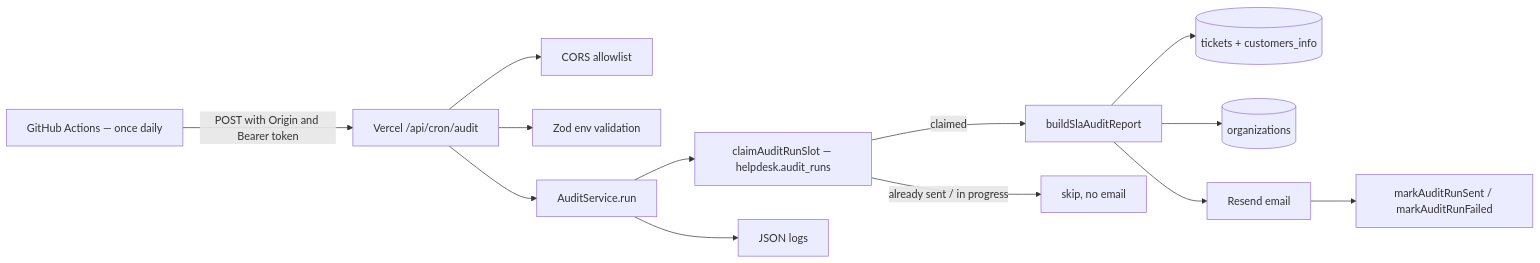
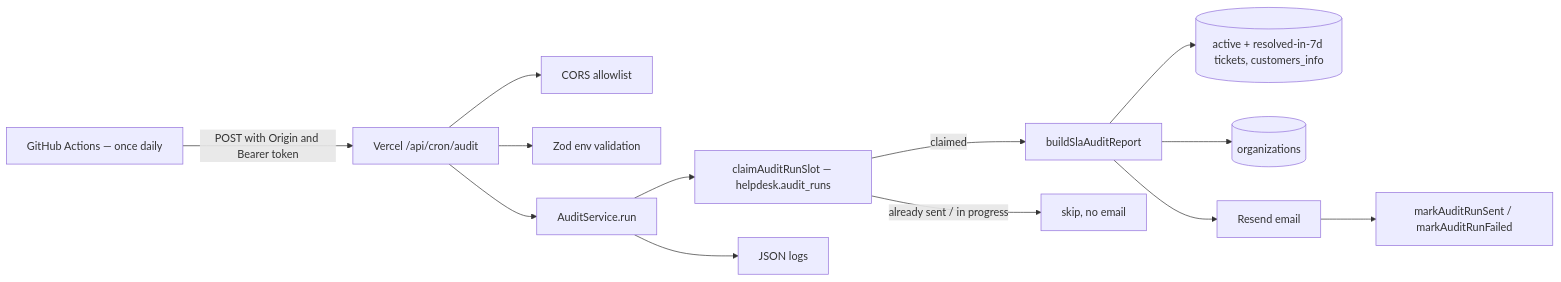
One commit to vidal-renao/vidal-helpdesk-mcp changed the diagram in README.md. Above: the diagram before and after it, drawn with Mermaid. The commit also changed other lines of this file and 17 other files, not shown here.

````diff
--- a/README.md
+++ b/README.md
@@ -59,15 +59,15 @@
 ```mermaid
 flowchart LR
   GHA[GitHub Actions — once daily] -->|POST with Origin and Bearer token| API[Vercel /api/cron/audit]
   API --> CORS[CORS allowlist]
   API --> ENV[Zod env validation]
   API --> SVC[AuditService.run]
   SVC --> CLAIM[claimAuditRunSlot — helpdesk.audit_runs]
   CLAIM -->|claimed| SLA[buildSlaAuditReport]
   CLAIM -->|already sent / in progress| SKIP[skip, no email]
-  SLA --> HD[(tickets + customers_info)]
+  SLA --> HD[(active + resolved-in-7d tickets, customers_info)]
   SLA --> PUB[(organizations)]
   SLA --> RESEND[Resend email]
   RESEND --> MARK[markAuditRunSent / markAuditRunFailed]
   SVC --> LOGS[JSON logs]
 ```
````
